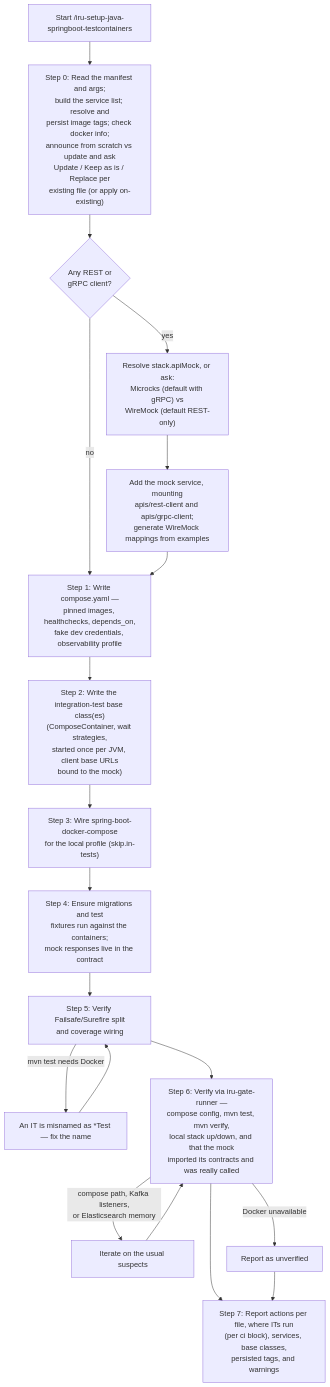
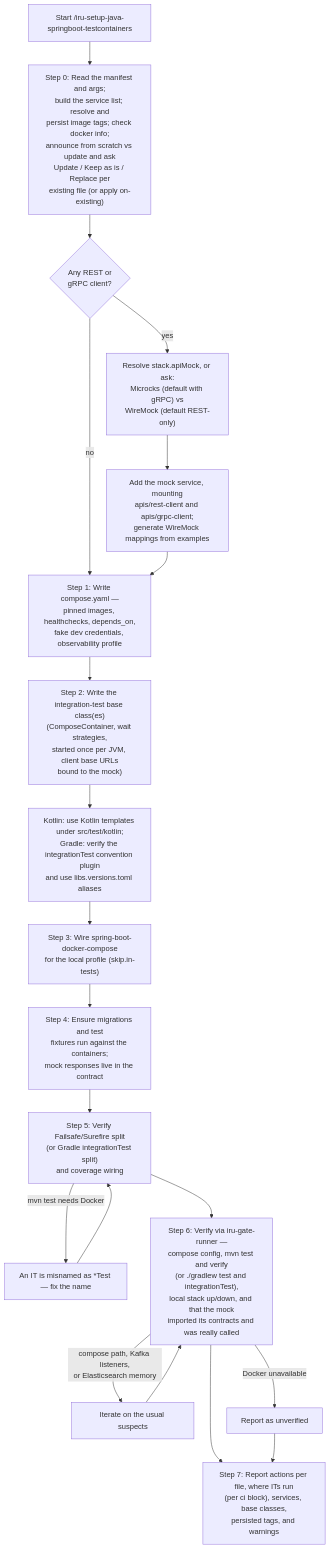
The diagram in docs/modules/ROOT/pages/skills/iru-setup-java-springboot-testcontainers.adoc (albertoirurueta/ai-catalog), drawn with Mermaid before and after one commit. The commit also changed other lines of this file and 234 other files, not shown here.

First line of the commit message:
Support Kotlin Spring Boot, Quarkus, PHP, NestJS and Next.js (#19)

```diff
--- a/docs/modules/ROOT/pages/skills/iru-setup-java-springboot-testcontainers.adoc
+++ b/docs/modules/ROOT/pages/skills/iru-setup-java-springboot-testcontainers.adoc
@@ -179,22 +205,23 @@
 [mermaid]
 ....
 flowchart TD
     A["Start /iru-setup-java-springboot-testcontainers"] --> B["Step 0: Read the manifest and args;\nbuild the service list; resolve and\npersist image tags; check docker info;\nannounce from scratch vs update and ask\nUpdate / Keep as is / Replace per\nexisting file (or apply on-existing)"]
     B --> B2{"Any REST or\ngRPC client?"}
     B2 -- no --> C["Step 1: Write compose.yaml —\npinned images, healthchecks, depends_on,\nfake dev credentials, observability profile"]
     B2 -- yes --> B3["Resolve stack.apiMock, or ask:\nMicrocks (default with gRPC) vs\nWireMock (default REST-only)"]
     B3 --> B4["Add the mock service, mounting\napis/rest-client and apis/grpc-client;\ngenerate WireMock mappings from examples"]
     B4 --> C
     C --> D["Step 2: Write the integration-test base class(es)\n(ComposeContainer, wait strategies,\nstarted once per JVM, client base URLs\nbound to the mock)"]
-    D --> E["Step 3: Wire spring-boot-docker-compose\nfor the local profile (skip.in-tests)"]
+    D --> D2["Kotlin: use Kotlin templates under src/test/kotlin;\nGradle: verify the integrationTest convention plugin\nand use libs.versions.toml aliases"]
+    D2 --> E["Step 3: Wire spring-boot-docker-compose\nfor the local profile (skip.in-tests)"]
     E --> F["Step 4: Ensure migrations and test\nfixtures run against the containers;\nmock responses live in the contract"]
-    F --> G["Step 5: Verify Failsafe/Surefire split\nand coverage wiring"]
+    F --> G["Step 5: Verify Failsafe/Surefire split\n(or Gradle integrationTest split)\nand coverage wiring"]
     G -- mvn test needs Docker --> H["An IT is misnamed as *Test — fix the name"]
     H --> G
-    G --> I["Step 6: Verify via iru-gate-runner —\ncompose config, mvn test, mvn verify,\nlocal stack up/down, and that the mock\nimported its contracts and was really called"]
+    G --> I["Step 6: Verify via iru-gate-runner —\ncompose config, mvn test and verify\n(or ./gradlew test and integrationTest),\nlocal stack up/down, and that the mock\nimported its contracts and was really called"]
     I -->|"compose path, Kafka listeners,\nor Elasticsearch memory"| J["Iterate on the usual suspects"]
     J --> I
     I -- Docker unavailable --> K["Report as unverified"]
     I --> L["Step 7: Report actions per file, where ITs run\n(per ci block), services, base classes,\npersisted tags, and warnings"]
     K --> L
 ....
```
